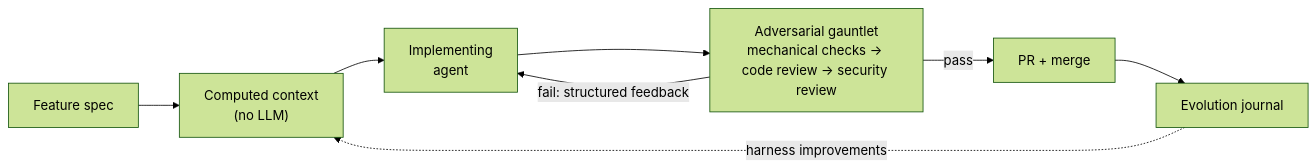
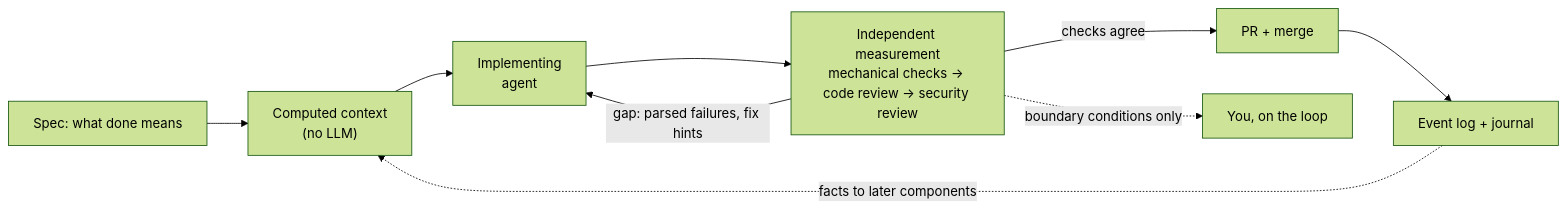
One commit to 0xfauzi/kstrl changed the diagram in README.md. Above: the diagram before and after it, drawn with Mermaid (forest theme). The commit also changed other lines of this file, not shown here.

````diff
--- a/README.md
+++ b/README.md
@@ -25,10 +33,11 @@
 ```mermaid
 flowchart LR
-    Spec["Feature spec"] --> Context["Computed context<br/>(no LLM)"]
+    Spec["Spec: what done means"] --> Context["Computed context<br/>(no LLM)"]
     Context --> Agent["Implementing<br/>agent"]
-    Agent --> Gauntlet["Adversarial gauntlet<br/>mechanical checks -> code review -> security review"]
-    Gauntlet -->|"fail: structured feedback"| Agent
-    Gauntlet -->|pass| PR["PR + merge"]
-    PR --> Learn["Evolution journal"]
-    Learn -.->|"harness improvements"| Context
+    Agent --> Measure["Independent measurement<br/>mechanical checks -> code review -> security review"]
+    Measure -->|"gap: parsed failures, fix hints"| Agent
+    Measure -->|"checks agree"| PR["PR + merge"]
+    PR --> Record["Event log + journal"]
+    Record -.->|"facts to later components"| Context
+    Measure -.->|"boundary conditions only"| You["You, on the loop"]
 ```
````
